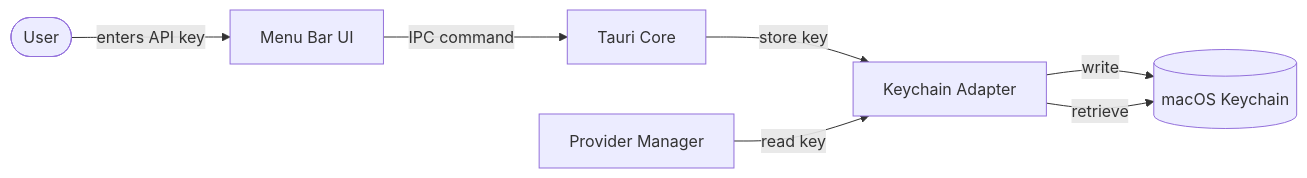
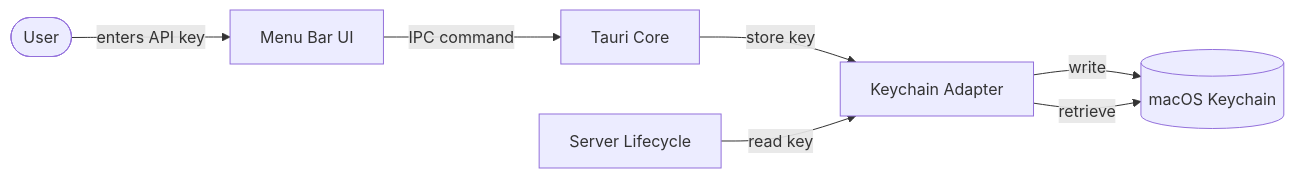
Before and after one commit to saemanas/oh-my-vpn: the first of 4 diagrams in docs/architecture/cross-cutting-concepts.md, drawn with Mermaid. The commit also changed other lines of this file and 14 other files, not shown here.

First line of the commit message:
feat(server-lifecycle): implement M4.2 connect flow (#51)

````diff
--- a/docs/architecture/cross-cutting-concepts.md
+++ b/docs/architecture/cross-cutting-concepts.md
@@ -11,10 +11,10 @@
 ```mermaid
 flowchart LR
     user([User]) -->|enters API key| ui[Menu Bar UI]
     ui -->|IPC command| tauri[Tauri Core]
     tauri -->|store key| adapter[Keychain Adapter]
     adapter -->|write| keychain[(macOS Keychain)]
 
-    provider[Provider Manager] -->|read key| adapter
+    lifecycle[Server Lifecycle] -->|read key| adapter
     adapter -->|retrieve| keychain
 ```
````
